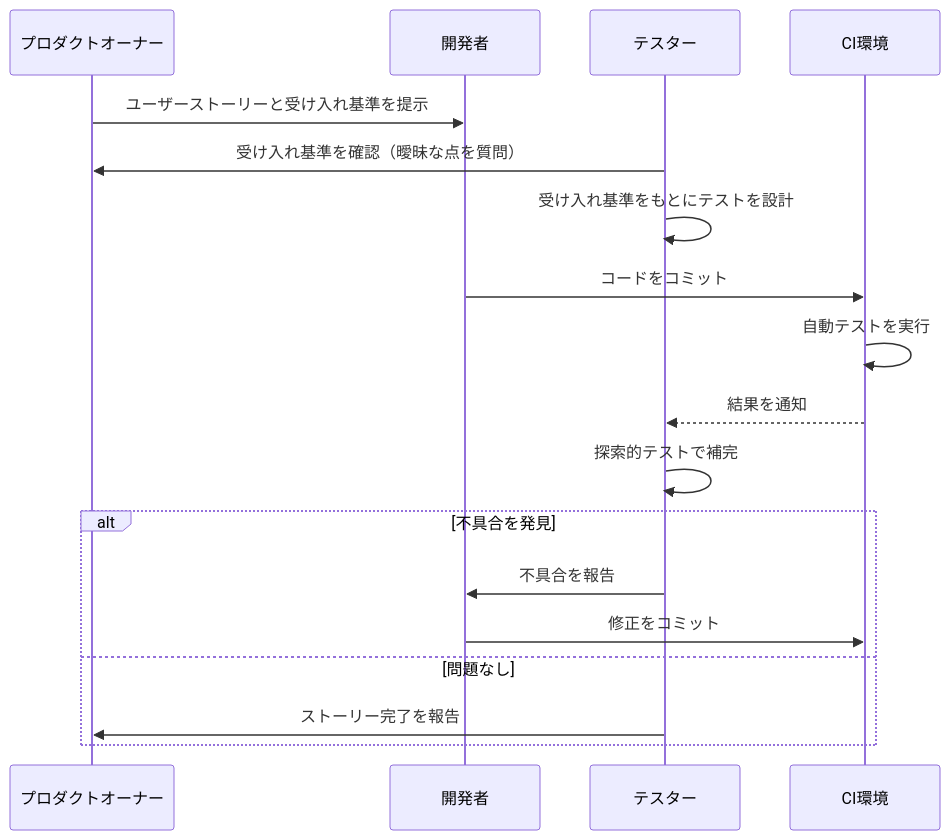
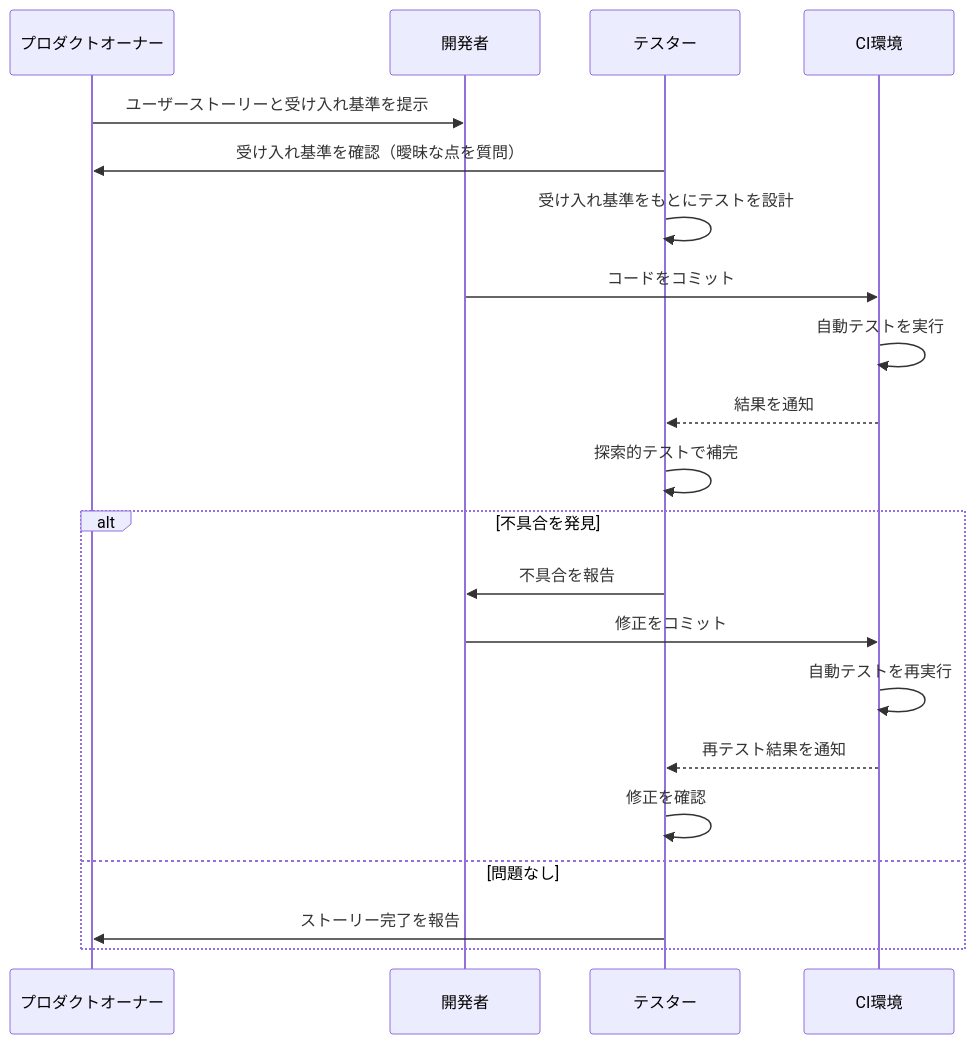
One commit to myoshi2891/Quality-Assurance-Studies changed the seventh of 10 diagrams in Iso-iec-tr-29119-6-agile-guide.md. Above: the diagram before and after it, drawn with Mermaid.

Commit message:
docs(iso-29119-6): add CI retest and verification steps to bug sequence diagram

````diff
--- a/Iso-iec-tr-29119-6-agile-guide.md
+++ b/Iso-iec-tr-29119-6-agile-guide.md
@@ -334,21 +334,24 @@
 ```mermaid
 sequenceDiagram
     participant PO as プロダクトオーナー
     participant DEV as 開発者
     participant TST as テスター
     participant CI as CI環境
 
     PO->>DEV: ユーザーストーリーと受け入れ基準を提示
     TST->>PO: 受け入れ基準を確認（曖昧な点を質問）
     TST->>TST: 受け入れ基準をもとにテストを設計
     DEV->>CI: コードをコミット
     CI->>CI: 自動テストを実行
     CI-->>TST: 結果を通知
     TST->>TST: 探索的テストで補完
     alt 不具合を発見
         TST->>DEV: 不具合を報告
         DEV->>CI: 修正をコミット
+        CI->>CI: 自動テストを再実行
+        CI-->>TST: 再テスト結果を通知
+        TST->>TST: 修正を確認
     else 問題なし
         TST->>PO: ストーリー完了を報告
     end
 ```
````
